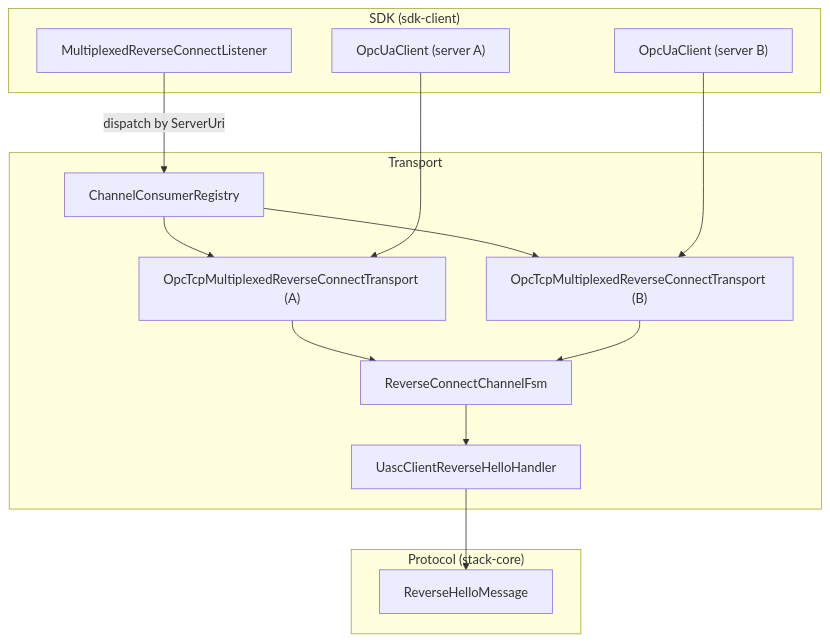
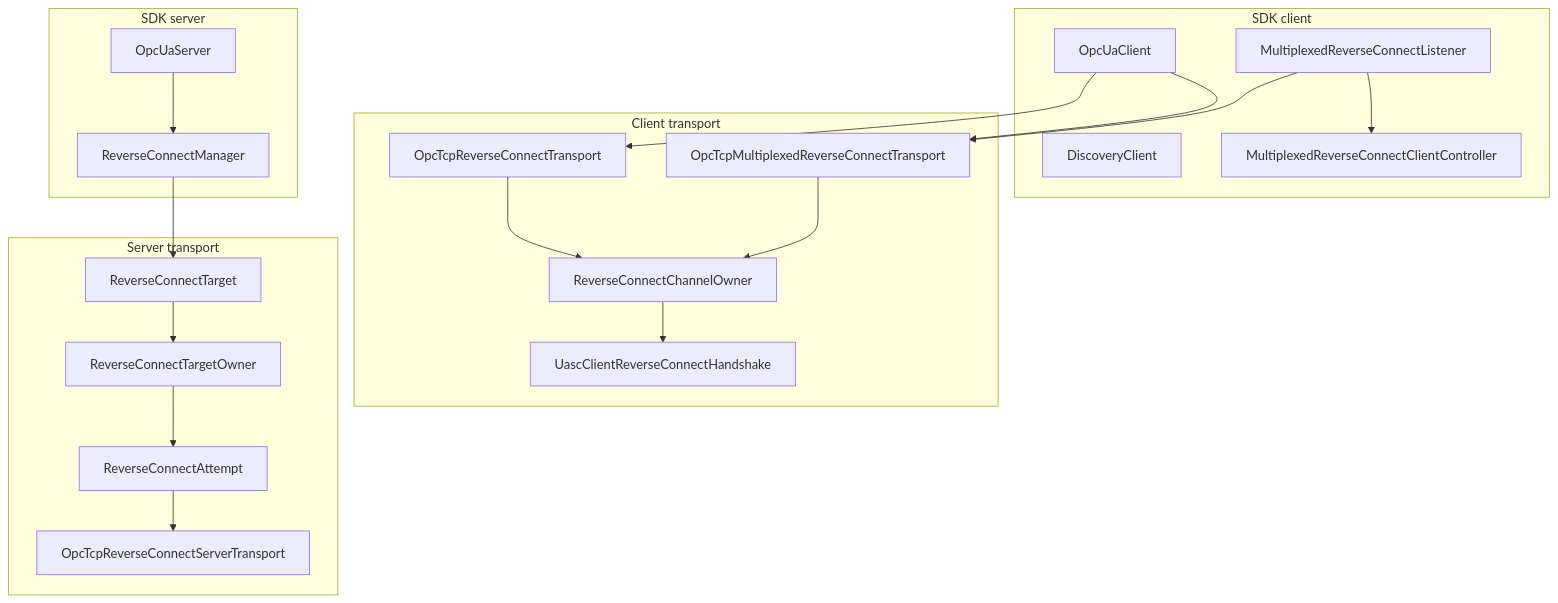
One commit to eclipse-milo/milo changed the second of 5 diagrams in docs/architecture/reverse-connect.md. Above: the diagram before and after it, drawn with Mermaid. The commit also changed other lines of this file and 4 other files, not shown here.

First line of the commit message:
Refresh reverse connect docs and examples

````diff
--- a/docs/architecture/reverse-connect.md
+++ b/docs/architecture/reverse-connect.md
@@ -177,27 +97,41 @@
 ```mermaid
 flowchart TD
-    subgraph sdk["SDK (sdk-client)"]
+    subgraph client_sdk["SDK client"]
+        OpcUaClient
+        DiscoveryClient
         MultiplexedReverseConnectListener
-        OpcUaClient1["OpcUaClient (server A)"]
-        OpcUaClient2["OpcUaClient (server B)"]
+        MultiplexedReverseConnectClientController
     end
 
-    subgraph transport["Transport"]
-        TransportA["OpcTcpMultiplexedReverseConnectTransport (A)"]
-        TransportB["OpcTcpMultiplexedReverseConnectTransport (B)"]
-        ChannelConsumerRegistry
-        ReverseConnectChannelFsm2["ReverseConnectChannelFsm"]
-        UascClientReverseHelloHandler2["UascClientReverseHelloHandler"]
+    subgraph client_transport["Client transport"]
+        OneToOne["OpcTcpReverseConnectTransport"]
+        MultiplexedTransport["OpcTcpMultiplexedReverseConnectTransport"]
+        ClientOwner["ReverseConnectChannelOwner"]
+        ClientHandshake["UascClientReverseConnectHandshake"]
     end
 
-    subgraph protocol["Protocol (stack-core)"]
-        ReverseHelloMessage2["ReverseHelloMessage"]
+    subgraph server_sdk["SDK server"]
+        OpcUaServer
+        ReverseConnectManager
     end
 
-    MultiplexedReverseConnectListener -->|"dispatch by ServerUri"| ChannelConsumerRegistry
-    ChannelConsumerRegistry --> TransportA & TransportB
-    OpcUaClient1 --> TransportA
-    OpcUaClient2 --> TransportB
-    TransportA & TransportB --> ReverseConnectChannelFsm2 --> UascClientReverseHelloHandler2
-    UascClientReverseHelloHandler2 --> ReverseHelloMessage2
+    subgraph server_transport["Server transport"]
+        ServerTransport["OpcTcpReverseConnectServerTransport"]
+        Target["ReverseConnectTarget"]
+        TargetOwner["ReverseConnectTargetOwner"]
+        Attempt["ReverseConnectAttempt"]
+    end
+
+    OpcUaClient --> OneToOne
+    OpcUaClient --> MultiplexedTransport
+    OneToOne --> ClientOwner
+    MultiplexedTransport --> ClientOwner
+    ClientOwner --> ClientHandshake
+    MultiplexedReverseConnectListener --> MultiplexedTransport
+    MultiplexedReverseConnectListener --> MultiplexedReverseConnectClientController
+    OpcUaServer --> ReverseConnectManager
+    ReverseConnectManager --> Target
+    Target --> TargetOwner
+    TargetOwner --> Attempt
+    Attempt --> ServerTransport
 ```
````
